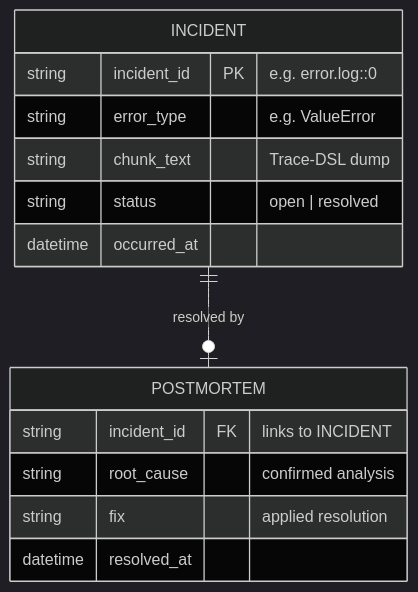
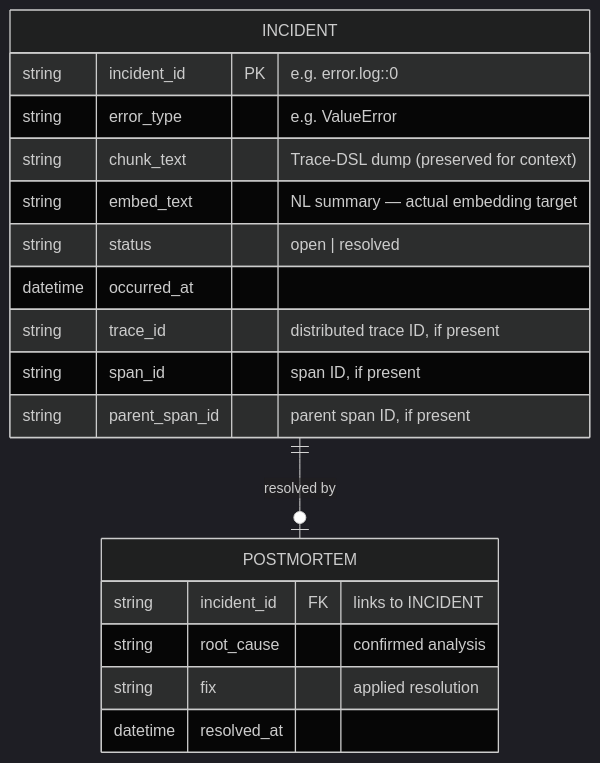
Before and after one commit to jakeeqsb/tracelog: the third of 3 diagrams in README.md, drawn with Mermaid (dark theme). The commit also changed other lines of this file and 15 other files, not shown here.

````diff
--- a/README.md
+++ b/README.md
@@ -271,17 +380,21 @@
 ```mermaid
 erDiagram
     INCIDENT {
         string incident_id PK "e.g. error.log::0"
         string error_type "e.g. ValueError"
-        string chunk_text "Trace-DSL dump"
+        string chunk_text "Trace-DSL dump (preserved for context)"
+        string embed_text "NL summary — actual embedding target"
         string status "open | resolved"
         datetime occurred_at
+        string trace_id "distributed trace ID, if present"
+        string span_id "span ID, if present"
+        string parent_span_id "parent span ID, if present"
     }
     POSTMORTEM {
         string incident_id FK "links to INCIDENT"
         string root_cause "confirmed analysis"
         string fix "applied resolution"
         datetime resolved_at
     }
     INCIDENT ||--o| POSTMORTEM : "resolved by"
 ```
````
